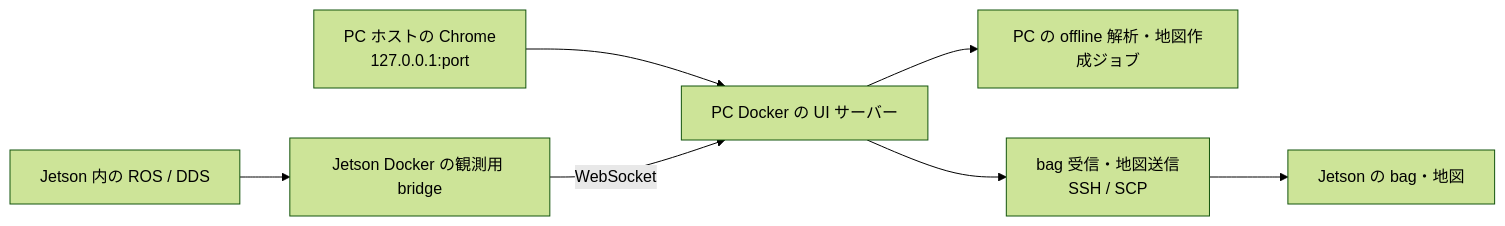
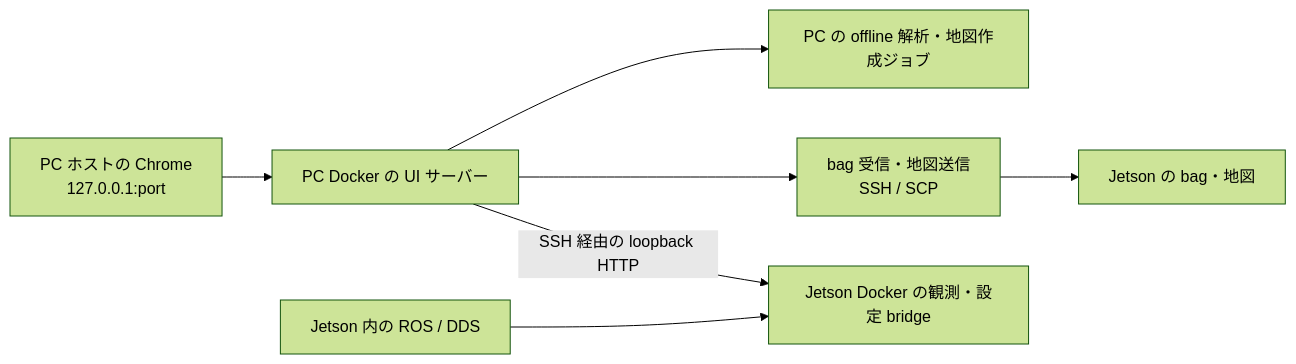
The diagram in docs/environment_setup_plan.md (Arata-Stu/atd), drawn with Mermaid (forest theme) before and after one commit. The commit also changed other lines of this file and 95 other files, not shown here.

First line of the commit message:
feat: Add atd_web_bridge for Jetson-local observations and configuration

````diff
--- a/docs/environment_setup_plan.md
+++ b/docs/environment_setup_plan.md
@@ -130,9 +130,9 @@
 ```mermaid
 flowchart LR
     browser["PC ホストの Chrome\n127.0.0.1:port"] --> ui["PC Docker の UI サーバー"]
     ui --> jobs["PC の offline 解析・地図作成ジョブ"]
     ui --> files["bag 受信・地図送信\nSSH / SCP"]
-    bridge["Jetson Docker の観測用 bridge"] -->|WebSocket| ui
+    ui -->|SSH 経由の loopback HTTP| bridge["Jetson Docker の観測・設定 bridge"]
     ros["Jetson 内の ROS / DDS"] --> bridge
     files --> data["Jetson の bag・地図"]
 ```
````
